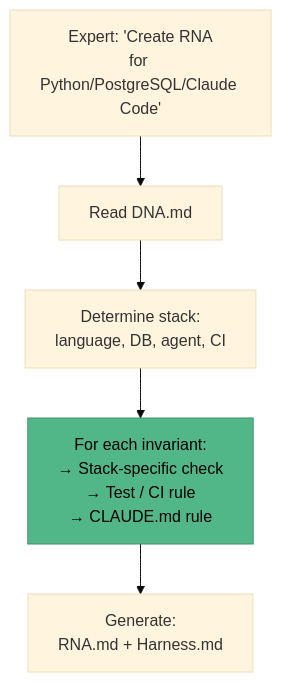
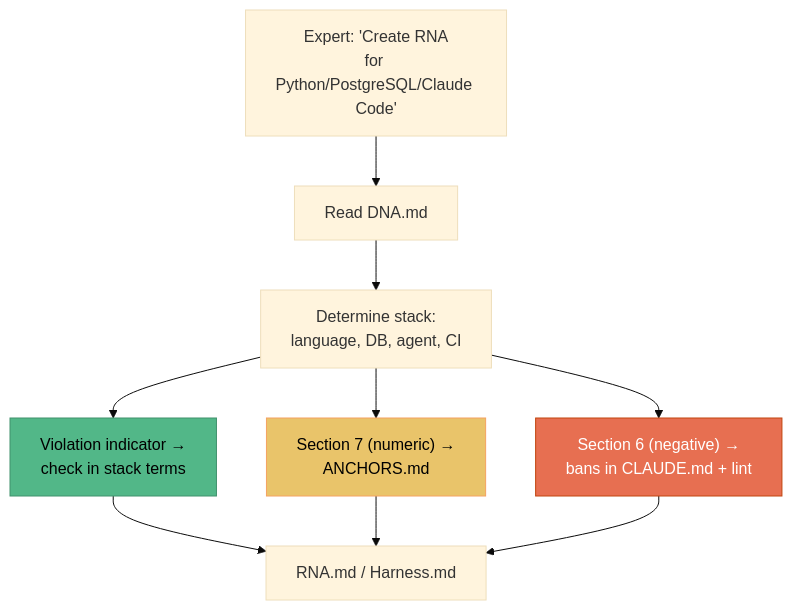
The sixth of 8 diagrams in docs/modes-en.md (SizovOleg/project-dna), drawn with Mermaid (base theme) before and after one commit. The commit also changed other lines of this file and 9 other files, not shown here.

````diff
--- a/docs/modes-en.md
+++ b/docs/modes-en.md
@@ -224,14 +303,19 @@
 ```mermaid
 flowchart TD
     START["Expert: 'Create RNA<br/>for Python/PostgreSQL/Claude Code'"]
-    
-    START --> READ_DNA["Read DNA.md"]
-    
-    READ_DNA --> STACK["Determine stack:<br/>language, DB, agent, CI"]
-    
-    STACK --> TRANSLATE["For each invariant:<br/>→ Stack-specific check<br/>→ Test / CI rule<br/>→ CLAUDE.md rule"]
-    
-    TRANSLATE --> GENERATE["Generate:<br/>RNA.md + Harness.md"]
 
-    style TRANSLATE fill:#52b788,stroke:#40916c,color:#000
+    START --> READ["Read DNA.md"]
+    READ --> STACK["Determine stack:<br/>language, DB, agent, CI"]
+
+    STACK --> T1["Violation indicator →<br/>check in stack terms"]
+    STACK --> T2["Section 7 (numeric) →<br/>ANCHORS.md"]
+    STACK --> T3["Section 6 (negative) →<br/>bans in CLAUDE.md + lint"]
+
+    T1 --> GEN["RNA.md / Harness.md"]
+    T2 --> GEN
+    T3 --> GEN
+
+    style T1 fill:#52b788,stroke:#40916c,color:#000
+    style T2 fill:#e9c46a,stroke:#f4a261,color:#000
+    style T3 fill:#e76f51,stroke:#c1440e,color:#fff
 ```
````
